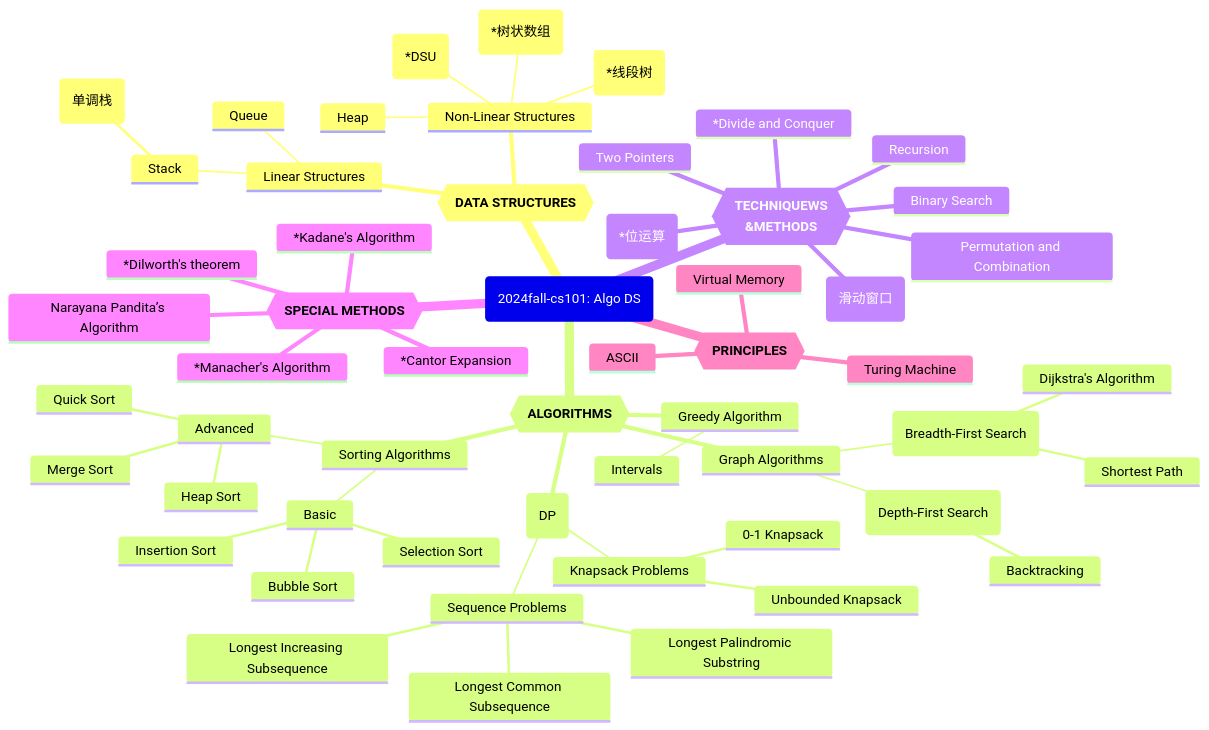
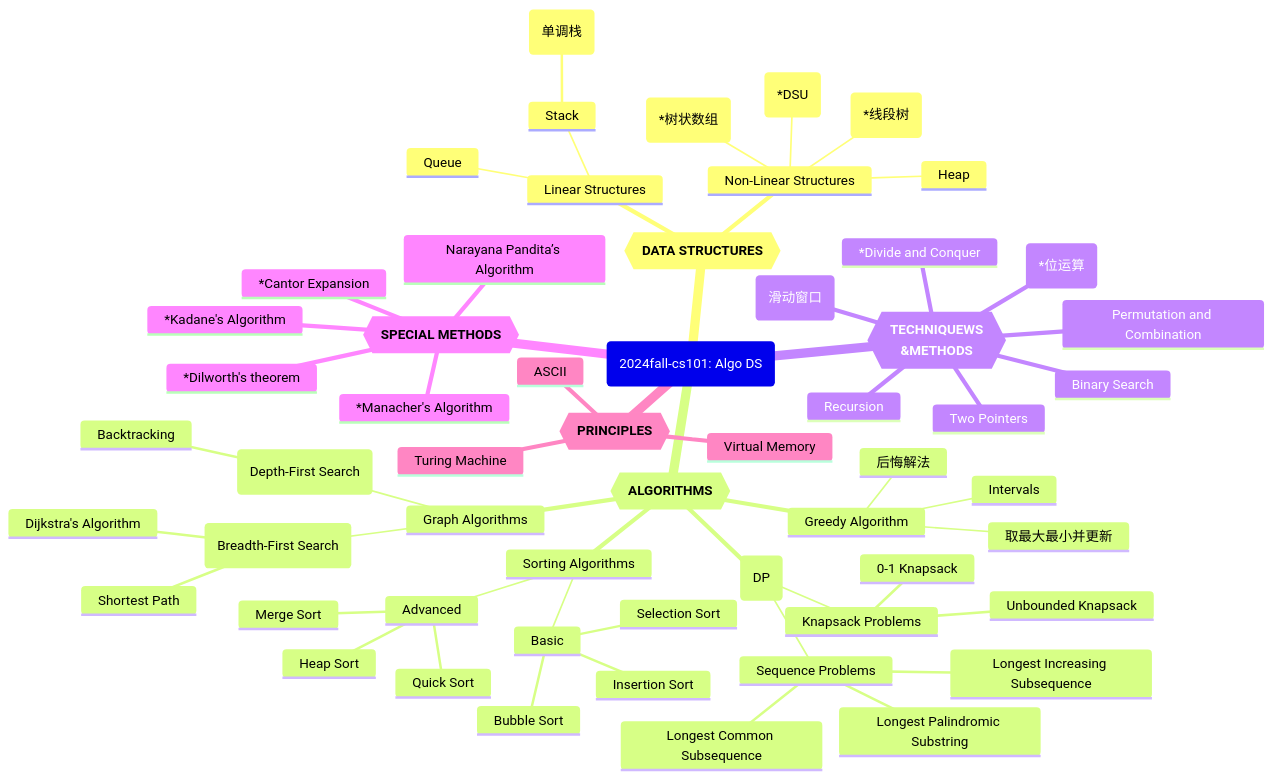
The diagram in 20241202_knowledgeGraph_cs101-AlgoDS.md (GMyhf/2024fall-cs101), drawn with Mermaid before and after one commit. The commit also changed other lines of this file, not shown here.

````diff
--- a/20241202_knowledgeGraph_cs101-AlgoDS.md
+++ b/20241202_knowledgeGraph_cs101-AlgoDS.md
@@ -13,63 +13,65 @@
 ```mermaid
 mindmap
   root (2024fall-cs101: Algo DS)
     Data Structures{{**DATA STRUCTURES**}}
     	Linear Structures
     		Stack
     			Monotonic Stack (单调栈)
     		Queue
     	Non-Linear Structures
     		Heap
     		Segment Tree(*线段树)
     		Binary Indexed Tree(*树状数组)
     		Disjoint Set Union (*DSU)
     	
     Algorithms{{**ALGORITHMS**}}
     	Greedy Algorithm
     		Intervals
+    		取最大最小并更新
+    		后悔解法
     	Dynamic Programming (DP)
     		Knapsack Problems
     			0-1 Knapsack
     			Unbounded Knapsack
     		Sequence Problems
     			Longest Common Subsequence
     			Longest Increasing Subsequence
     			Longest Palindromic Substring
     	Graph Algorithms			
     		DFS (Depth-First Search)
     			Backtracking
     		BFS (Breadth-First Search)
     			Shortest Path
     			Dijkstra's Algorithm
     	Sorting Algorithms
     		Basic
     			Bubble Sort
     			Selection Sort
     			Insertion Sort
     		Advanced
     			Merge Sort
     			Quick Sort
     			Heap Sort
     Techniques & Methods{{**TECHNIQUEWS<br>&METHODS**}}
       *Divide and Conquer
       Recursion
       Binary Search
       Two Pointers
       Sliding Window(滑动窗口)
       Permutation and Combination
       Bit Manipulation (*位运算)
     Special Methods{{**SPECIAL METHODS**}}
       *Kadane's Algorithm
       *Manacher's Algorithm
       Narayana Pandita’s Algorithm
       *Cantor Expansion
       *Dilworth's theorem
       
     Principles{{**PRINCIPLES**}}
       ASCII
       Virtual Memory
       Turing Machine
 			
       
 
 ```
````
